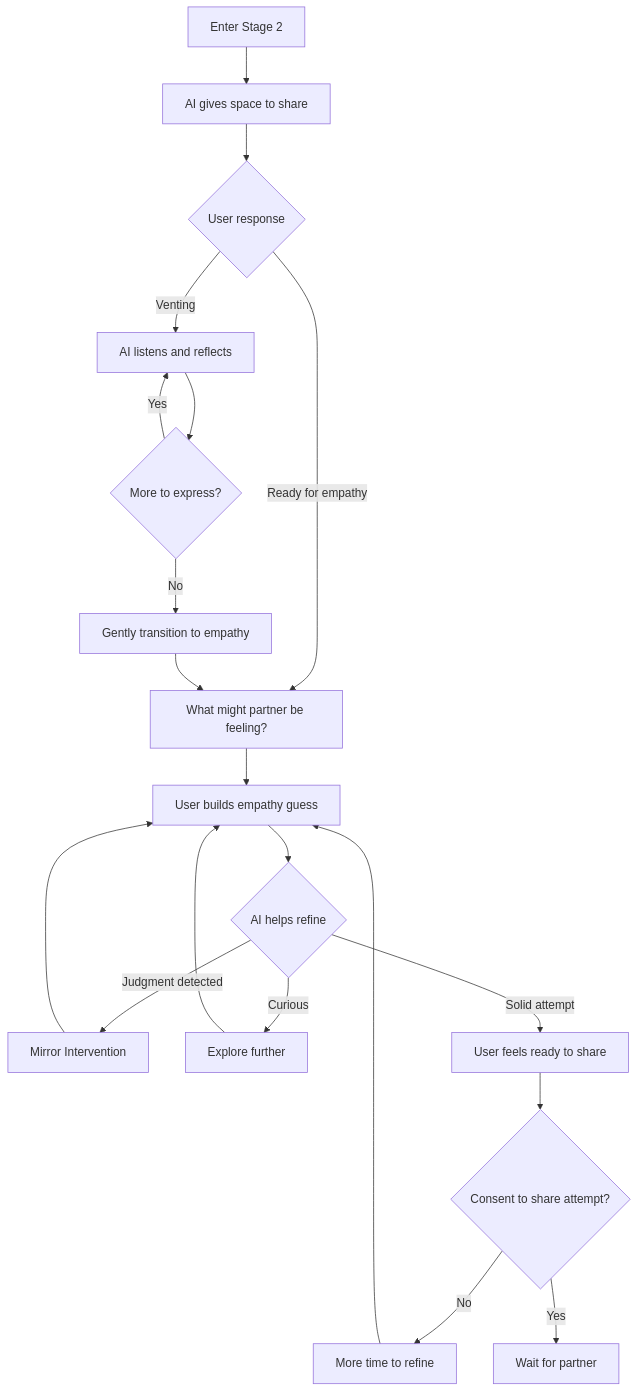
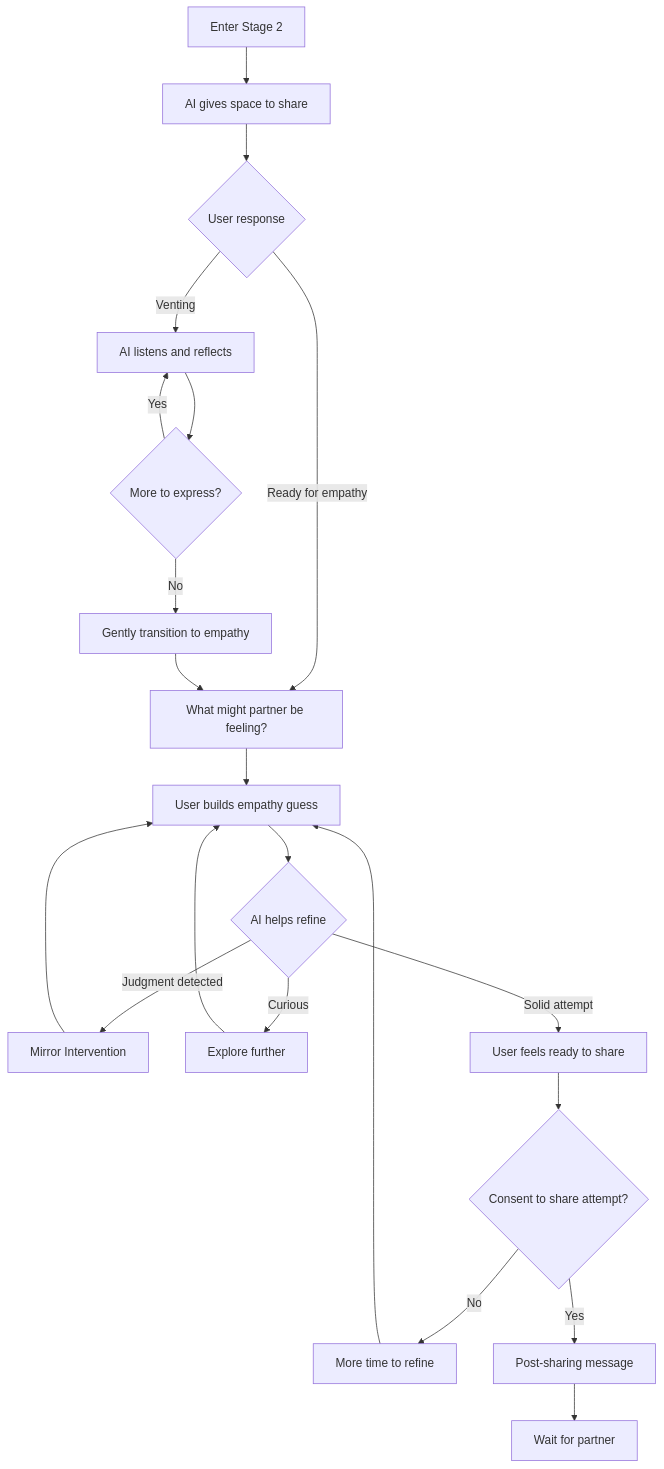
Before and after one commit to shantamg/meet-without-fear: the first of 6 diagrams in docs/product/stages/stage-2-perspective-stretch.md, drawn with Mermaid. The commit also changed other lines of this file and 21 other files, not shown here.

First line of the commit message:
docs: align stage docs with Darryl's authoritative gold flow

````diff
--- a/docs/product/stages/stage-2-perspective-stretch.md
+++ b/docs/product/stages/stage-2-perspective-stretch.md
@@ -50,26 +50,27 @@
 ```mermaid
 flowchart TD
     Enter[Enter Stage 2] --> Space[AI gives space to share]
     Space --> Response{User response}
 
     Response -->|Venting| Listen[AI listens and reflects]
     Listen --> MoreVent{More to express?}
     MoreVent -->|Yes| Listen
     MoreVent -->|No| Transition[Gently transition to empathy]
 
     Response -->|Ready for empathy| Imagine[What might partner be feeling?]
     Transition --> Imagine
 
     Imagine --> Attempt[User builds empathy guess]
     Attempt --> Refine{AI helps refine}
     Refine -->|Judgment detected| Mirror[Mirror Intervention]
     Mirror --> Attempt
     Refine -->|Curious| Deepen[Explore further]
     Deepen --> Attempt
     Refine -->|Solid attempt| Ready[User feels ready to share]
 
     Ready --> Consent1{Consent to share attempt?}
     Consent1 -->|No| MoreTime[More time to refine]
     MoreTime --> Attempt
-    Consent1 -->|Yes| WaitExchange[Wait for partner]
+    Consent1 -->|Yes| PostShare[Post-sharing message]
+    PostShare --> WaitExchange[Wait for partner]
 ```
````
